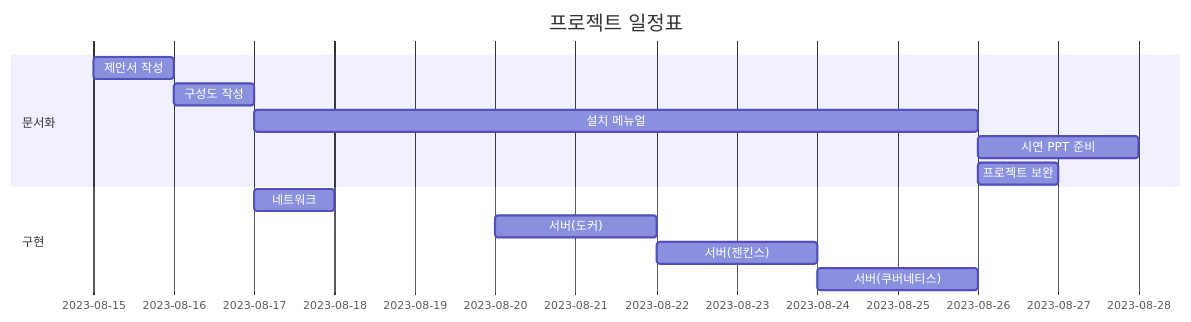
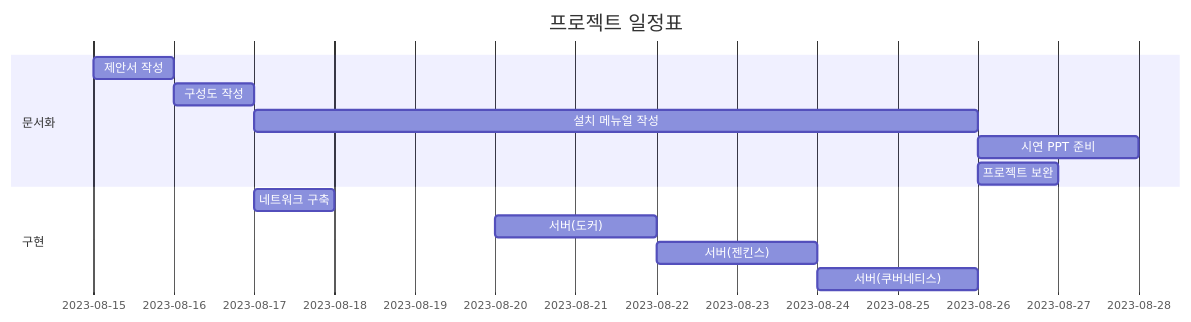
Before and after one commit to KimJeongHoon190/First_Project: the diagram in README.md, drawn with Mermaid.

Commit message:
수정

````diff
--- a/README.md
+++ b/README.md
@@ -4,17 +4,17 @@
 ```mermaid
 gantt
     title 프로젝트 일정표
     dateFormat  YYYY-MM-DD
     section 문서화
     제안서 작성  : a1, 2023-08-15, 1d
     구성도 작성  : after a1, 1d
-    설치 메뉴얼 : after a1, 2023-08-17, 9d
+    설치 메뉴얼 작성 : after a1, 2023-08-17, 9d
     시연 PPT 준비 : after a1, 2023-08-26, 2d
     프로젝트 보완 : after a1, 2023-08-26, 1d
 
     section 구현
-    네트워크     : b1, 2023-08-17, 1d
+    네트워크 구축   : b1, 2023-08-17, 1d
     서버(도커) : b2, 2023-08-20, 2d
     서버(젠킨스) :after b2 , 2d
     서버(쿠버네티스) : after b2, 2023-08-24, 2d
 ```
````
